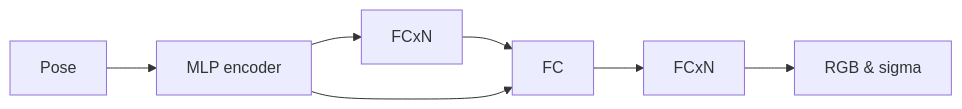
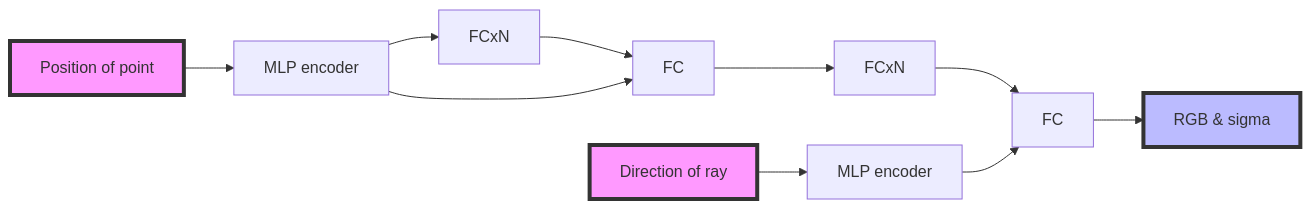
Before and after one commit to gggliuye/gggliuye.github.io: the diagram in Study/PaperRead/subjects.md, drawn with Mermaid. The commit also changed other lines of this file and 2 other files, not shown here.

```diff
--- a/Study/PaperRead/subjects.md
+++ b/Study/PaperRead/subjects.md
@@ -72,9 +83,14 @@
   <pre class="mermaid">
         graph LR
-        A[Pose] --> B[MLP encoder]
+        A[Position of point] --> B[MLP encoder]
         B --> C[FCxN]
         C --> D[FC]
         B --> D
         D --> E[FCxN]
-        E --> F[RGB & sigma]
+        E --> F
+        X[Direction of ray] --> Y[MLP encoder] --> F[FC]
+        F --> G[RGB & sigma]
+        style A fill:#f9f,stroke:#333,stroke-width:4px
+        style X fill:#f9f,stroke:#333,stroke-width:4px
+        style G fill:#bbf,stroke:#333,stroke-width:4px
   </pre>
```
